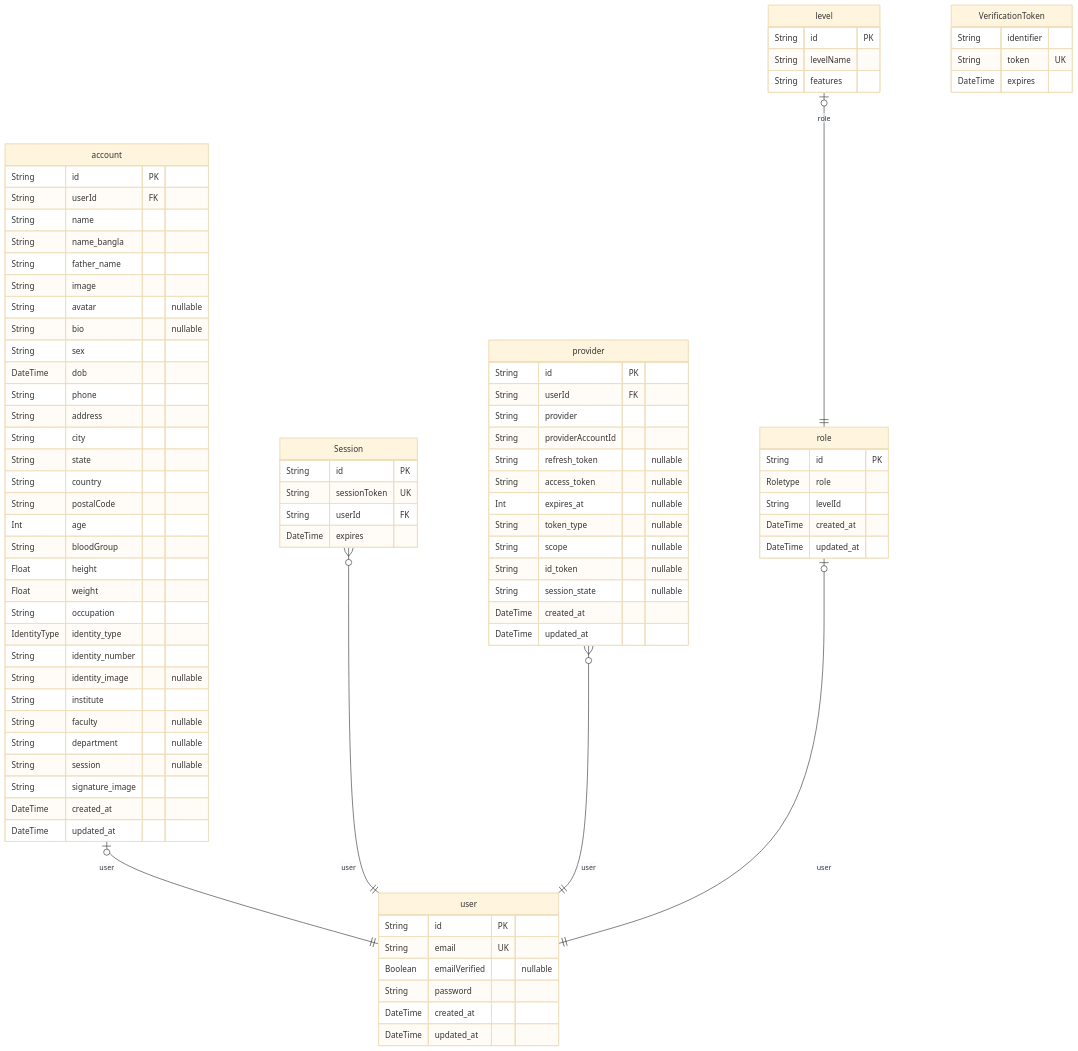
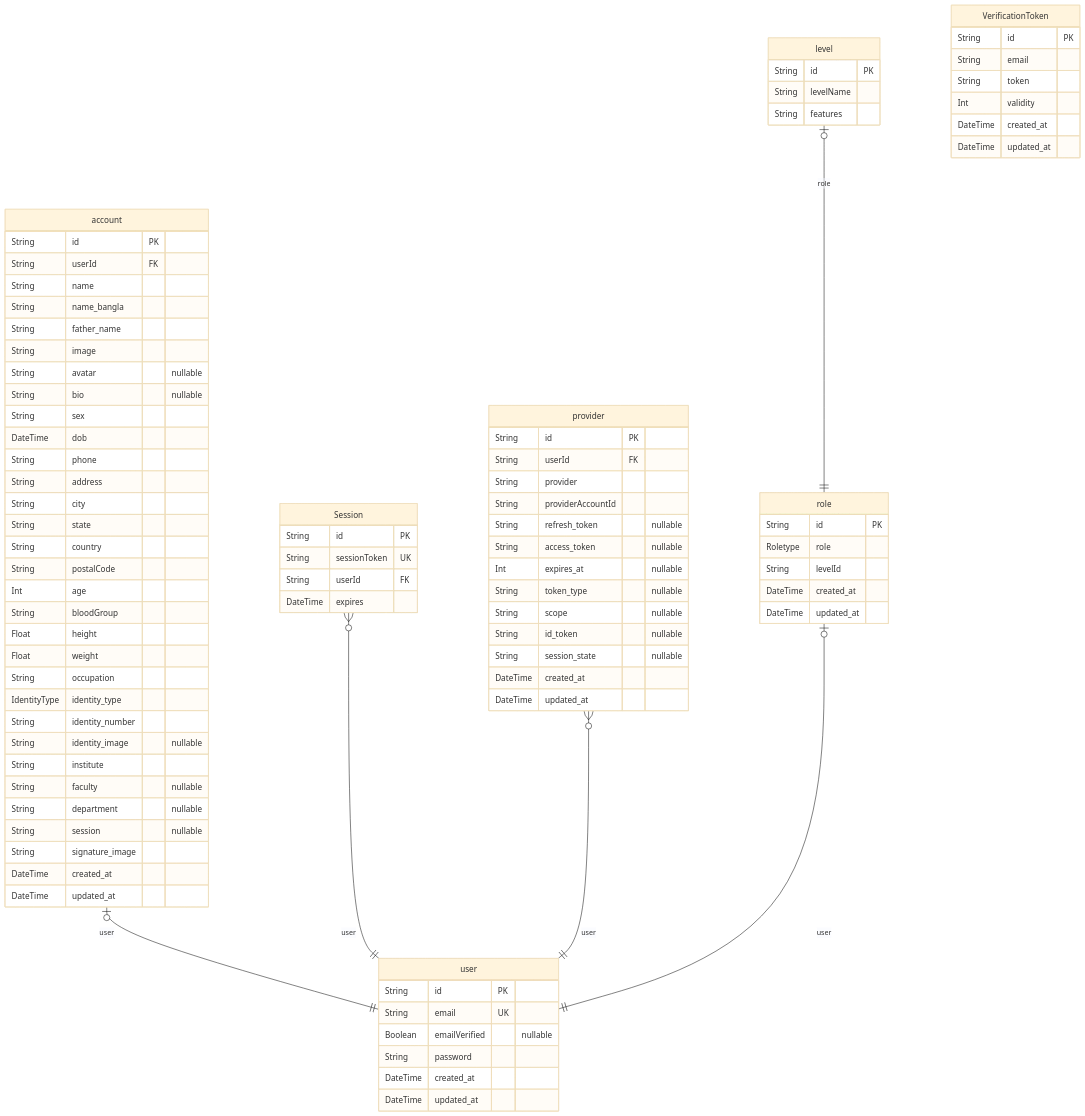
The diagram in public/erd/ERD.md (Hstu-dojo/HKDOfficial), drawn with Mermaid (base theme) before and after one commit. The commit also changed other lines of this file and 14 other files, not shown here.

```diff
--- a/public/erd/ERD.md
+++ b/public/erd/ERD.md
@@ -81,9 +81,12 @@
     String features
 }
 "VerificationToken" {
-    String identifier
-    String token UK
-    DateTime expires
+    String id PK
+    String email
+    String token
+    Int validity
+    DateTime created_at
+    DateTime updated_at
 }
 "account" |o--|| "user" : user
 "Session" }o--|| "user" : user
```
